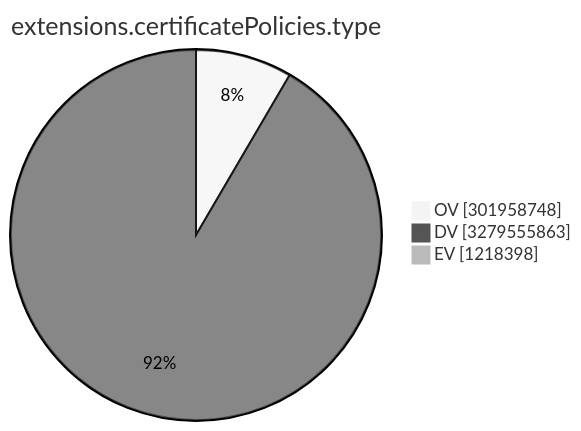
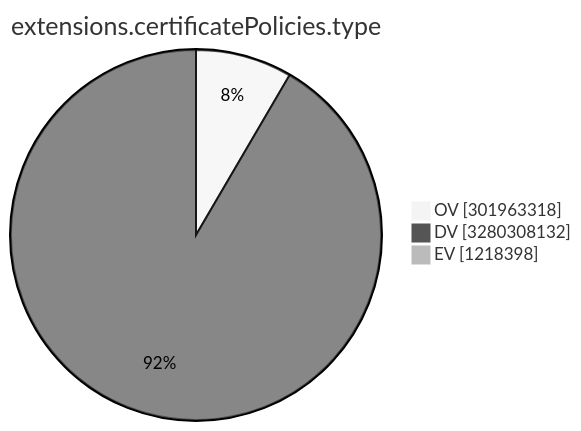
One commit to christiankrug/ctmonitor_visualization changed the ninth of 15 diagrams in TOTAL/README.md. Above: the diagram before and after it, drawn with Mermaid (neutral theme). The commit also changed other lines of this file, not shown here.

````diff
--- a/TOTAL/README.md
+++ b/TOTAL/README.md
@@ -3107,7 +3107,7 @@
 ```mermaid
 pie showData
 title extensions.certificatePolicies.type
-"OV" :301958748
-"DV" :3279555863
+"OV" :301963318
+"DV" :3280308132
 "EV" :1218398
 ```
````
